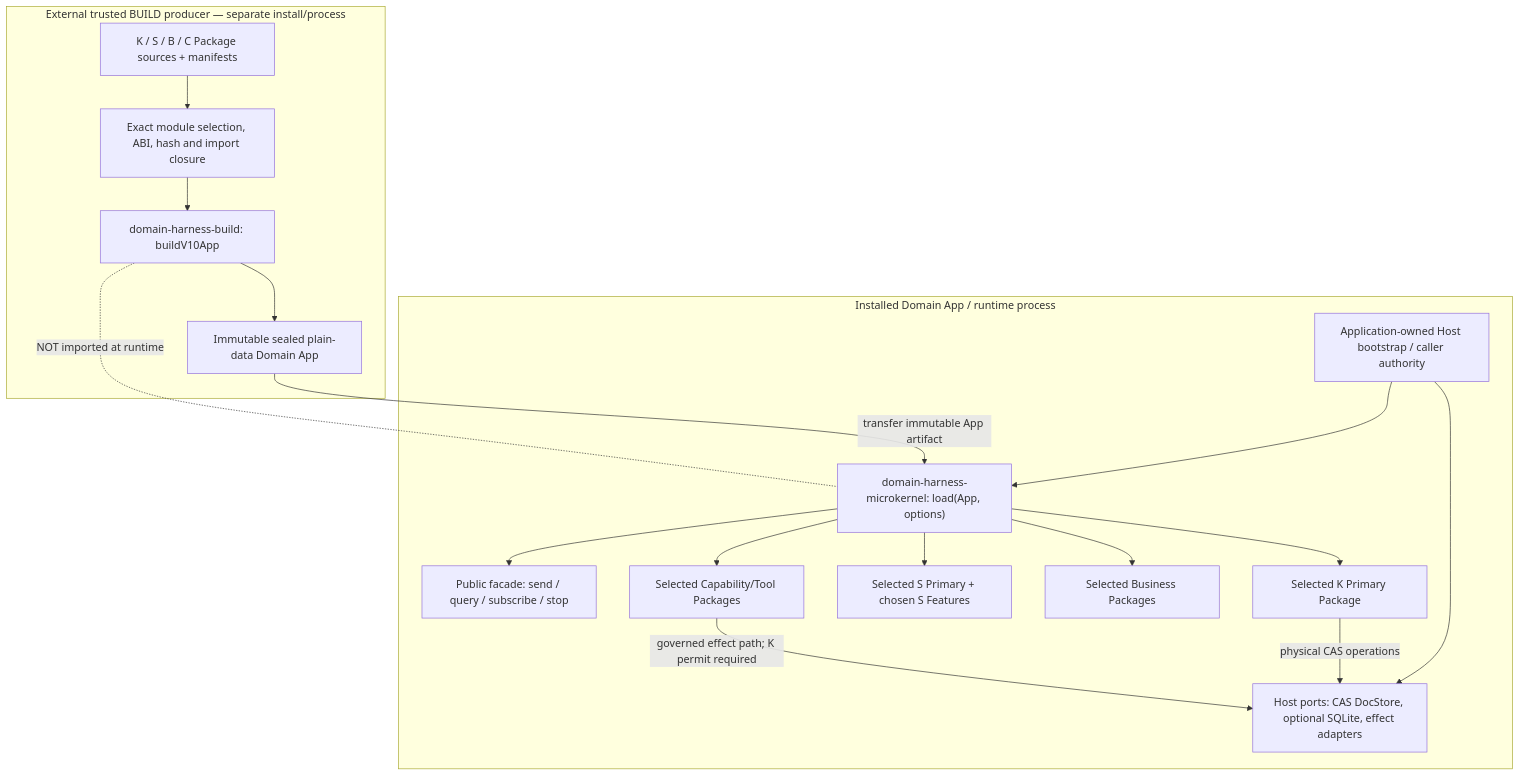
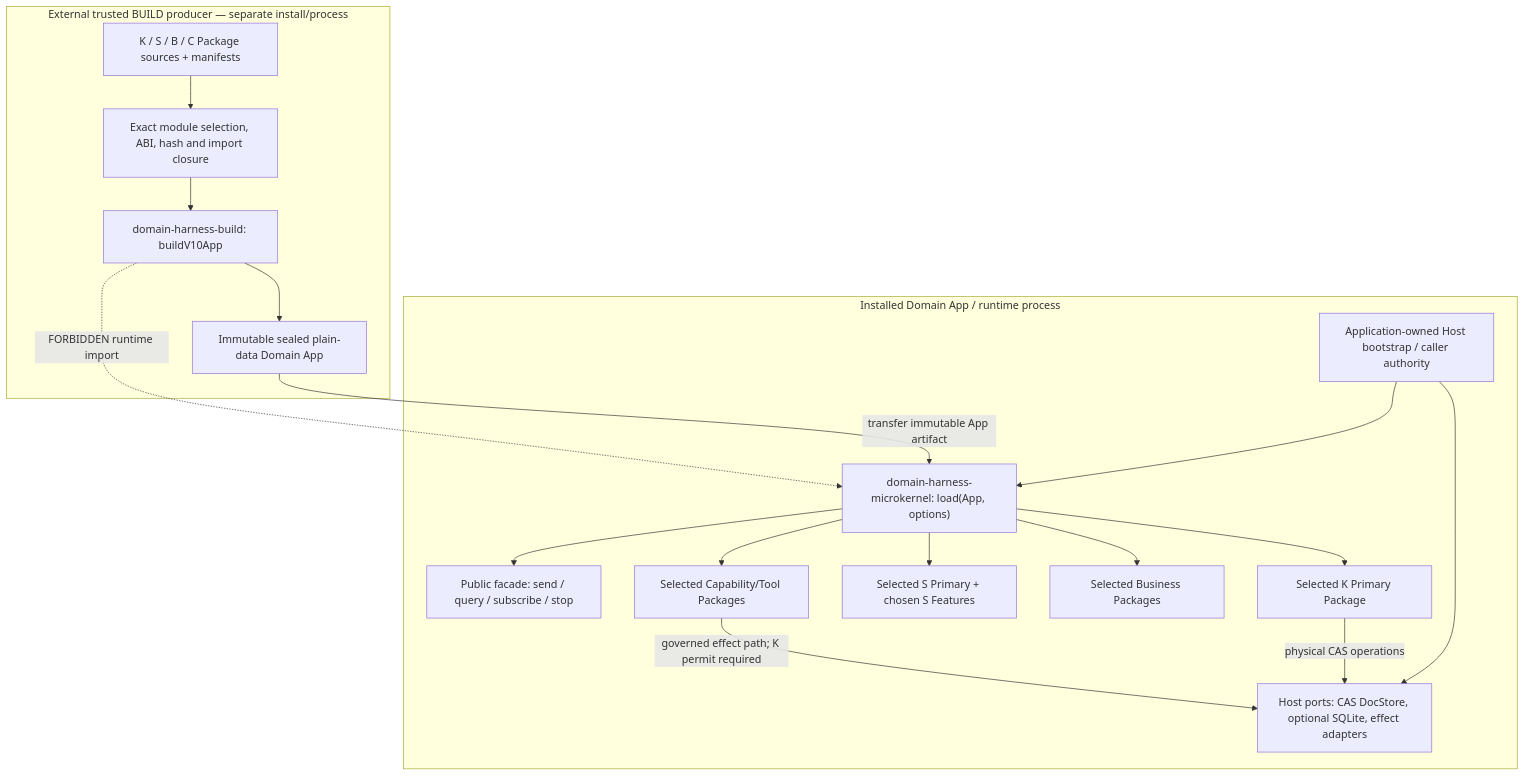
The first of 4 diagrams in docs/architecture/V0102_RUNTIME_DIAGRAMS.md (kaicreator-mm/domain-harness), drawn with Mermaid before and after one commit. The commit also changed other lines of this file and 1 other file, not shown here.

Commit message:
docs: finalize Mermaid edge syntax and add llms.txt current-version Agent index

```diff
--- a/docs/architecture/V0102_RUNTIME_DIAGRAMS.md
+++ b/docs/architecture/V0102_RUNTIME_DIAGRAMS.md
@@ -7,31 +7,31 @@
 ~~~mermaid
 flowchart TB
   subgraph PRODUCER["External trusted BUILD producer — separate install/process"]
     author["K / S / B / C Package sources + manifests"]
     selected["Exact module selection, ABI, hash and import closure"]
     build["domain-harness-build: buildV10App"]
     app["Immutable sealed plain-data Domain App"]
     author --> selected --> build --> app
   end
   subgraph CONSUMER["Installed Domain App / runtime process"]
     bootstrap["Application-owned Host bootstrap / caller authority"]
     mk["domain-harness-microkernel: load(App, options)"]
     facade["Public facade: send / query / subscribe / stop"]
     k["Selected K Primary Package"]
     s["Selected S Primary + chosen S Features"]
     b["Selected Business Packages"]
     c["Selected Capability/Tool Packages"]
     ports["Host ports: CAS DocStore, optional SQLite, effect adapters"]
     bootstrap --> mk
     app -->|"transfer immutable App artifact"| mk
     mk --> facade
     mk --> k
     mk --> s
     mk --> b
     mk --> c
     bootstrap --> ports
     k -->|"physical CAS operations"| ports
     c -->|"governed effect path; K permit required"| ports
   end
-  build -. "NOT imported at runtime" .- mk
+  build -.->|"FORBIDDEN runtime import"| mk
 ~~~
```
